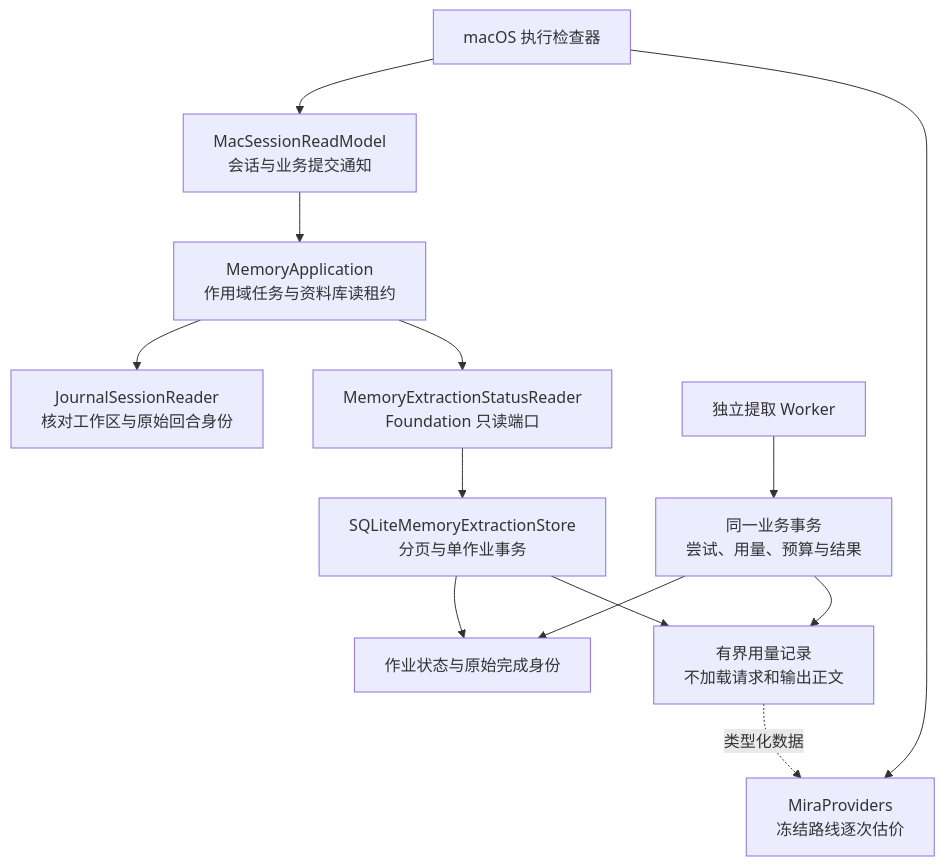
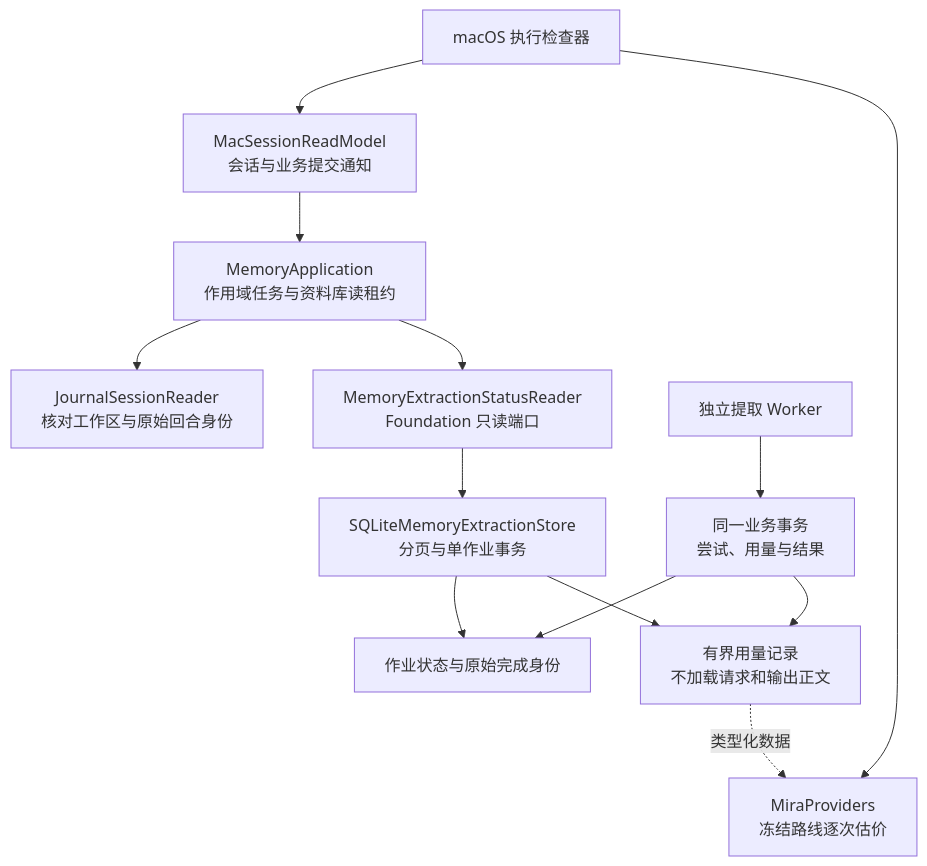
The first of 2 diagrams in docs/architecture/AGENT_EXTRACTION_QUERIES.md (alwynou/mira), drawn with Mermaid before and after one commit. The commit also changed other lines of this file and 251 other files, not shown here.

````diff
--- a/docs/architecture/AGENT_EXTRACTION_QUERIES.md
+++ b/docs/architecture/AGENT_EXTRACTION_QUERIES.md
@@ -11,15 +11,15 @@
 ```mermaid
 flowchart TD
     UI[macOS 执行检查器] --> Observe[MacSessionReadModel\n会话与业务提交通知]
     Observe --> App[MemoryApplication\n作用域任务与资料库读租约]
     App --> Journal[JournalSessionReader\n核对工作区与原始回合身份]
     App --> Port[MemoryExtractionStatusReader\nFoundation 只读端口]
     Port --> SQL[SQLiteMemoryExtractionStore\n分页与单作业事务]
     SQL --> Jobs[作业状态与原始完成身份]
     SQL --> Accounting[有界用量记录\n不加载请求和输出正文]
     UI --> Cost[MiraProviders\n冻结路线逐次估价]
     Accounting -.类型化数据.-> Cost
-    Worker[独立提取 Worker] --> Write[同一业务事务\n尝试、用量、预算与结果]
+    Worker[独立提取 Worker] --> Write[同一业务事务\n尝试、用量与结果]
     Write --> Jobs
     Write --> Accounting
 ```
````
